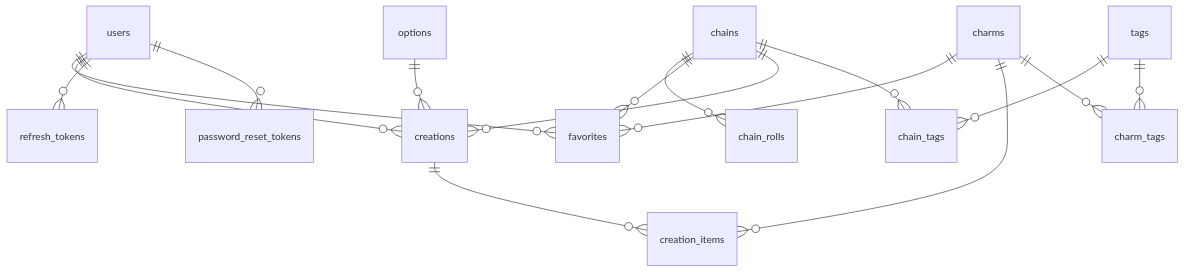
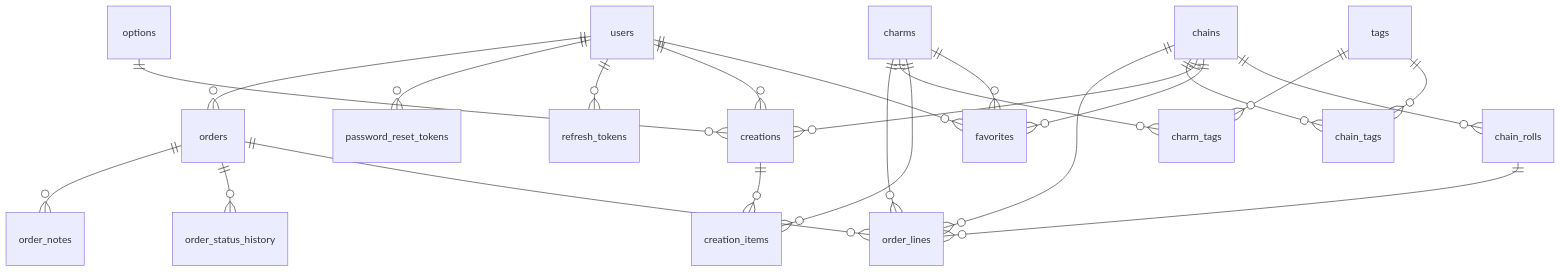
Before and after one commit to marieesss/jewel-shop: the third of 6 diagrams in docs/architecture.md, drawn with Mermaid. The commit also changed other lines of this file, not shown here.

Commit message:
docs: décrire le modèle des commandes et sa machine à états

````diff
--- a/docs/architecture.md
+++ b/docs/architecture.md
@@ -128,18 +129,25 @@
 ```mermaid
 erDiagram
     users ||--o{ favorites : ""
     users ||--o{ creations : ""
     users ||--o{ refresh_tokens : ""
     users ||--o{ password_reset_tokens : ""
     chains ||--o{ chain_rolls : ""
     chains ||--o{ favorites : ""
     charms ||--o{ favorites : ""
     chains ||--o{ creations : ""
     options ||--o{ creations : ""
     creations ||--o{ creation_items : ""
     charms ||--o{ creation_items : ""
     tags ||--o{ chain_tags : ""
     chains ||--o{ chain_tags : ""
     tags ||--o{ charm_tags : ""
     charms ||--o{ charm_tags : ""
+    users ||--o{ orders : ""
+    orders ||--o{ order_lines : ""
+    orders ||--o{ order_status_history : ""
+    orders ||--o{ order_notes : ""
+    chains ||--o{ order_lines : ""
+    charms ||--o{ order_lines : ""
+    chain_rolls ||--o{ order_lines : ""
 ```
````
